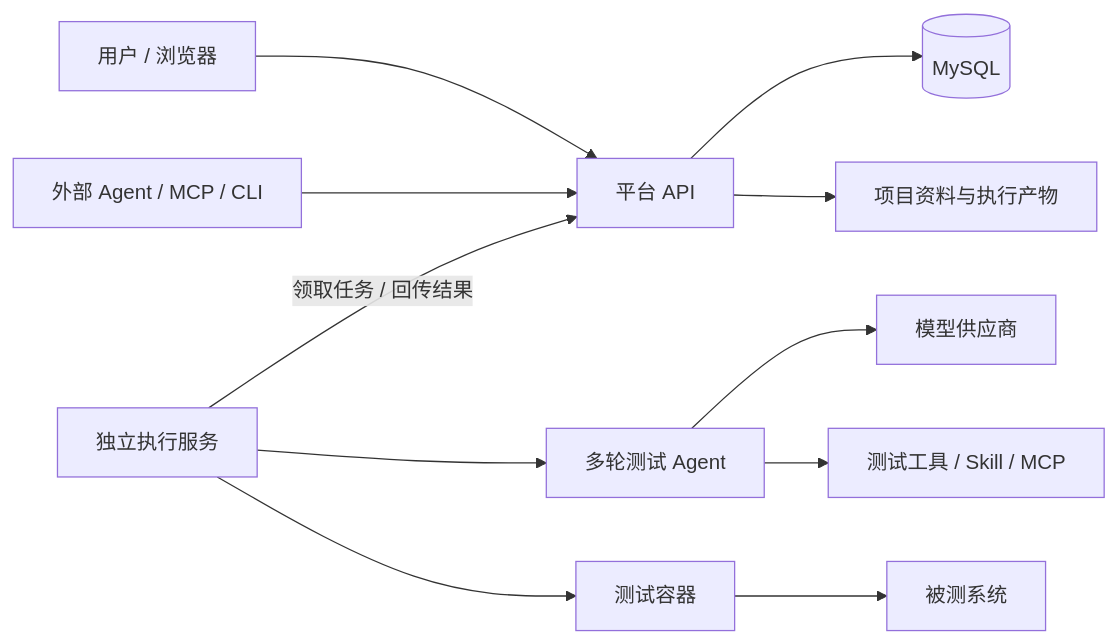
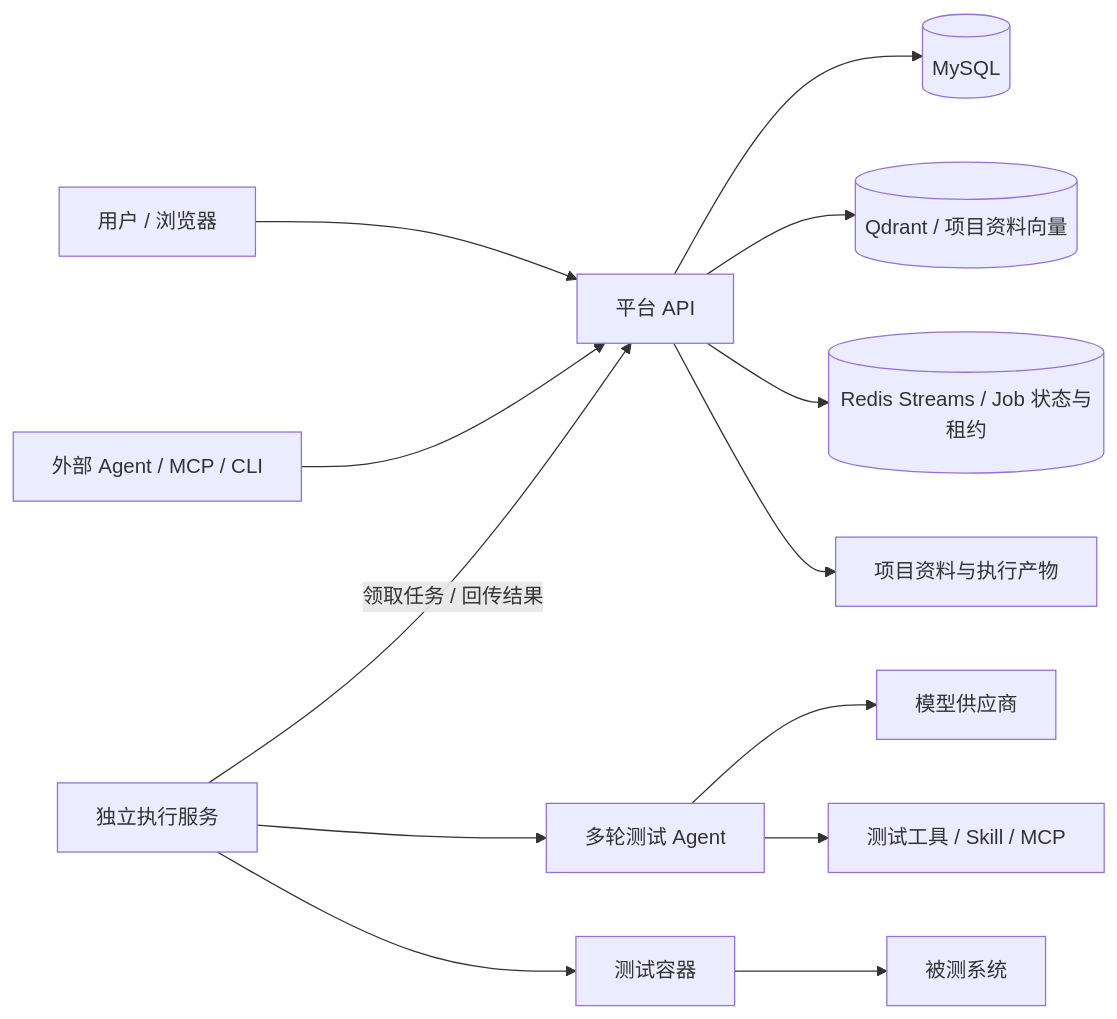
Before and after one commit to iPhone17promax-256G/TestPilot: the diagram in README.md, drawn with Mermaid. The commit also changed other lines of this file and 205 other files, not shown here.

````diff
--- a/README.md
+++ b/README.md
@@ -52,13 +53,15 @@
 ```mermaid
 flowchart LR
     User[用户 / 浏览器] --> API[平台 API]
     External[外部 Agent / MCP / CLI] --> API
     API --> DB[(MySQL)]
+    API --> Knowledge[(Qdrant / 项目资料向量)]
+    API --> Queue[(Redis Streams / Job 状态与租约)]
     API --> Files[项目资料与执行产物]
     Executor[独立执行服务] -->|领取任务 / 回传结果| API
     Executor --> Agent[多轮测试 Agent]
     Agent --> LLM[模型供应商]
     Agent --> Tools[测试工具 / Skill / MCP]
     Executor --> Runner[测试容器]
     Runner --> Target[被测系统]
 ```
````
